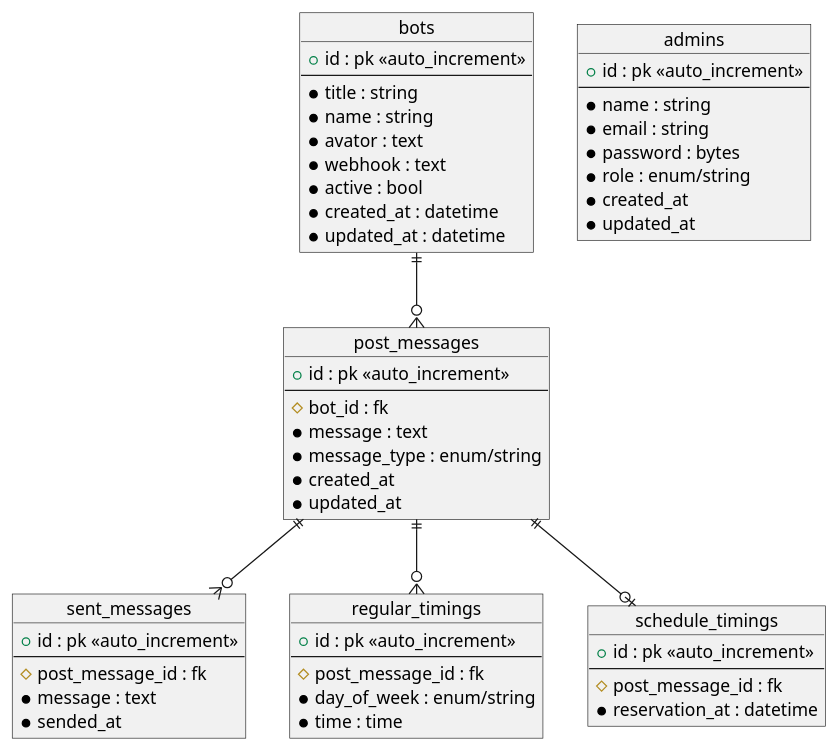
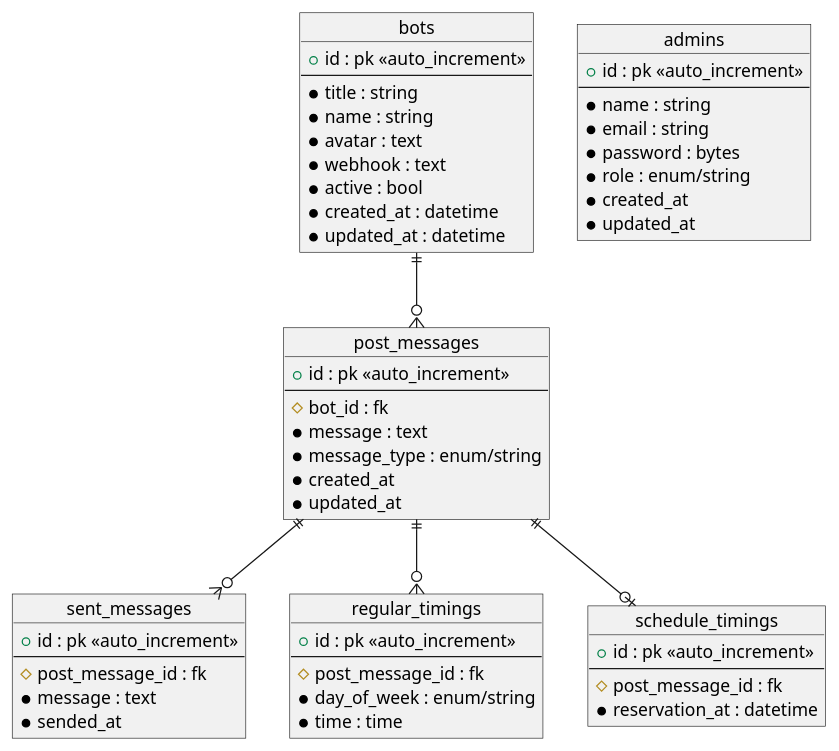
Before and after one commit to takemo101/dc-scheduler: the diagram in document/design/er.puml, drawn with PlantUML. The commit also changed 22 other files, not shown here.

```diff
--- a/document/design/er.puml
+++ b/document/design/er.puml
@@ -1,64 +1,64 @@
 @startuml er
 
 object bots {
     + id : pk <<auto_increment>>
     --
     * title : string
     * name : string
-    * avator : text
+    * avatar : text
     * webhook : text
     * active : bool
     * created_at : datetime
     * updated_at : datetime
 }
 
 object post_messages {
     + id : pk <<auto_increment>>
     --
     # bot_id : fk
     * message : text
     * message_type : enum/string
     * created_at
     * updated_at
 }
 
 object sent_messages {
     + id : pk <<auto_increment>>
     --
     # post_message_id : fk
     * message : text
     * sended_at
 }
 
 object regular_timings {
     + id : pk <<auto_increment>>
     --
     # post_message_id : fk
     * day_of_week : enum/string
     * time : time
 }
 
 object schedule_timings {
     + id : pk <<auto_increment>>
     --
     # post_message_id : fk
     * reservation_at : datetime
 }
 
 
 object admins {
     + id : pk <<auto_increment>>
     --
     * name : string
     * email : string
     * password : bytes
     * role : enum/string
     * created_at
     * updated_at
 }
 
 bots ||--o{ post_messages
 post_messages ||--o{ regular_timings
 post_messages ||--o| schedule_timings
 post_messages ||--o{ sent_messages
 @enduml
```
